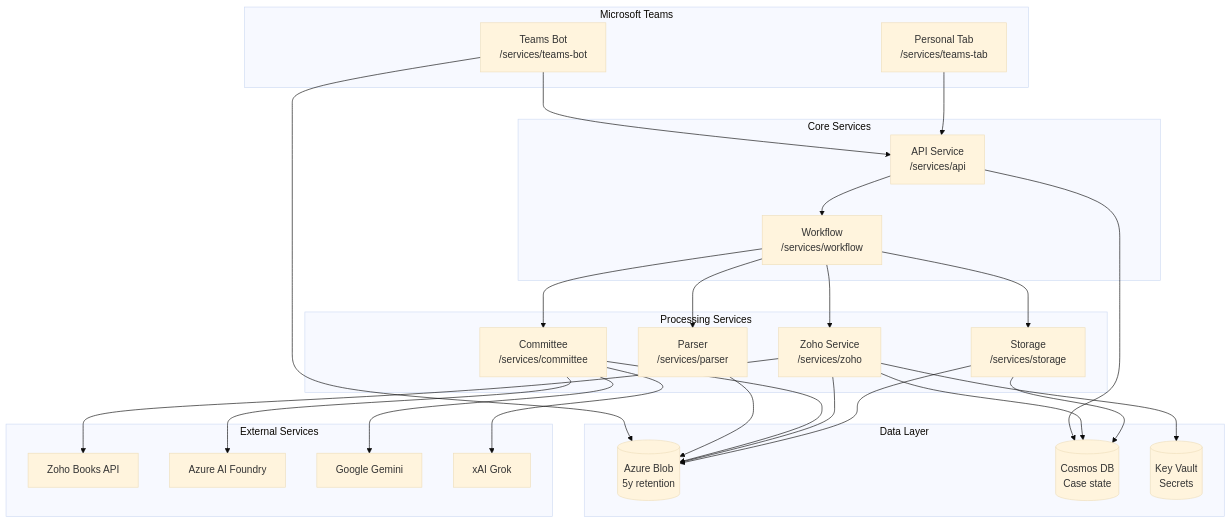
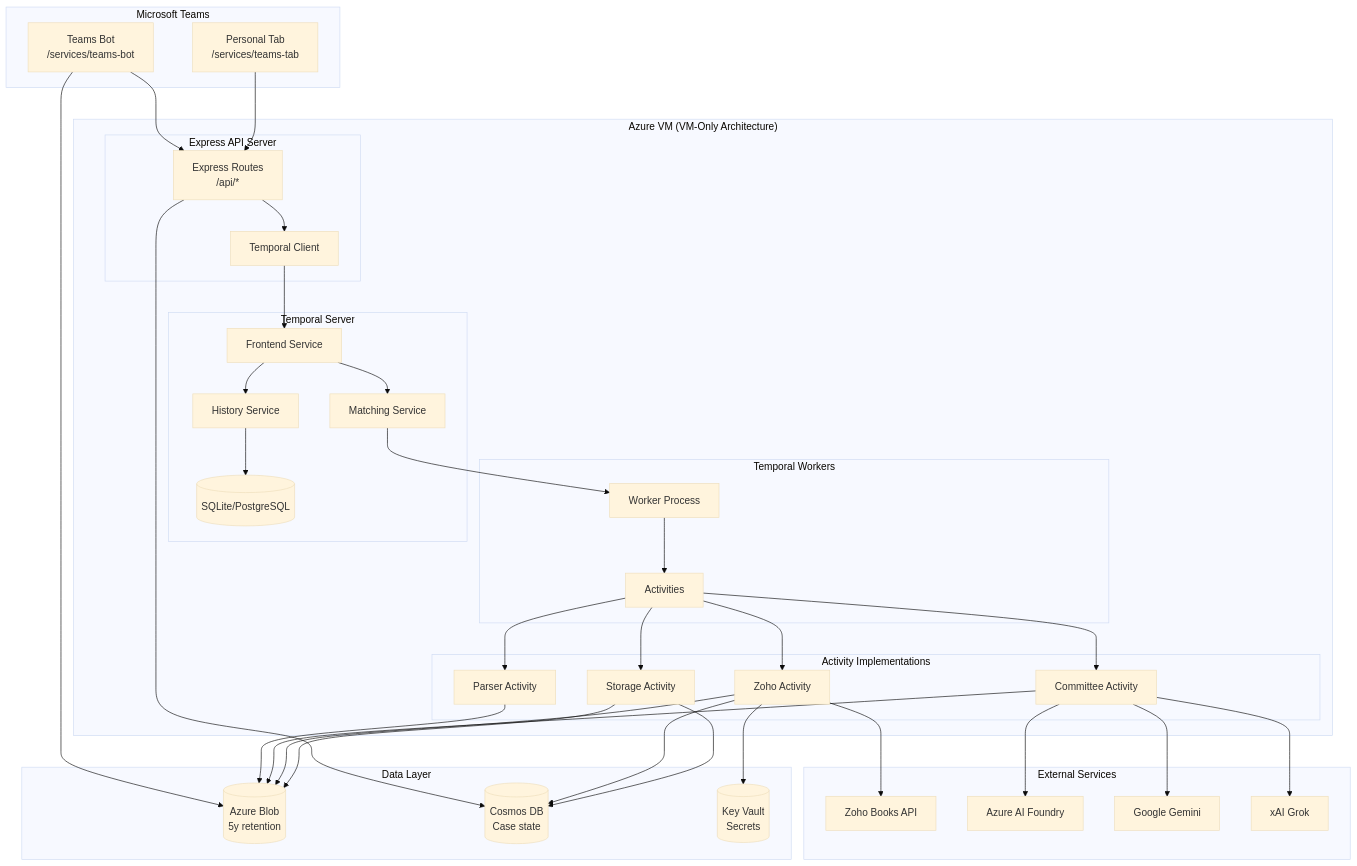
One commit to CoronovirusG10/Zoho-order-processing changed the tenth of 11 diagrams in app/docs/architecture/data-flow.md. Above: the diagram before and after it, drawn with Mermaid (base theme). The commit also changed other lines of this file and 40 other files, not shown here.

Commit message:
Add VM migration architecture, Temporal workflow implementation, and infrastructure updates

````diff
--- a/app/docs/architecture/data-flow.md
+++ b/app/docs/architecture/data-flow.md
@@ -497,57 +544,78 @@
 ```mermaid
 graph TB
     subgraph Teams["Microsoft Teams"]
         Bot["Teams Bot<br/>/services/teams-bot"]
         Tab["Personal Tab<br/>/services/teams-tab"]
     end
 
-    subgraph Core["Core Services"]
-        API["API Service<br/>/services/api"]
-        Workflow["Workflow<br/>/services/workflow"]
-    end
+    subgraph VM["Azure VM (VM-Only Architecture)"]
+        subgraph Express["Express API Server"]
+            API["Express Routes<br/>/api/*"]
+            TemporalClient["Temporal Client"]
+        end
 
-    subgraph Processing["Processing Services"]
-        Parser["Parser<br/>/services/parser"]
-        Committee["Committee<br/>/services/committee"]
-        Zoho["Zoho Service<br/>/services/zoho"]
-        Storage["Storage<br/>/services/storage"]
+        subgraph TemporalCluster["Temporal Server"]
+            Frontend["Frontend Service"]
+            History["History Service"]
+            Matching["Matching Service"]
+            TemporalDB[("SQLite/PostgreSQL")]
+        end
+
+        subgraph Workers["Temporal Workers"]
+            Worker1["Worker Process"]
+            Activities["Activities"]
+        end
+
+        subgraph ActivityImpl["Activity Implementations"]
+            Parser["Parser Activity"]
+            Committee["Committee Activity"]
+            Zoho["Zoho Activity"]
+            Storage["Storage Activity"]
+        end
     end
 
     subgraph Data["Data Layer"]
         Blob[("Azure Blob<br/>5y retention")]
         Cosmos[("Cosmos DB<br/>Case state")]
         KeyVault[("Key Vault<br/>Secrets")]
     end
 
     subgraph External["External Services"]
         ZohoAPI["Zoho Books API"]
         AIFoundry["Azure AI Foundry"]
         Gemini["Google Gemini"]
         XAI["xAI Grok"]
     end
 
     Bot --> API
     Bot --> Blob
     Tab --> API
+    API --> TemporalClient
+    TemporalClient --> Frontend
     API --> Cosmos
-    API --> Workflow
 
-    Workflow --> Parser
-    Workflow --> Committee
-    Workflow --> Zoho
-    Workflow --> Storage
+    Frontend --> History
+    Frontend --> Matching
+    History --> TemporalDB
+    Matching --> Worker1
+
+    Worker1 --> Activities
+    Activities --> Parser
+    Activities --> Committee
+    Activities --> Zoho
+    Activities --> Storage
 
     Parser --> Blob
     Committee --> AIFoundry
     Committee --> Gemini
     Committee --> XAI
     Committee --> Blob
 
     Zoho --> ZohoAPI
     Zoho --> Cosmos
     Zoho --> Blob
     Zoho --> KeyVault
 
     Storage --> Blob
     Storage --> Cosmos
 ```
````
